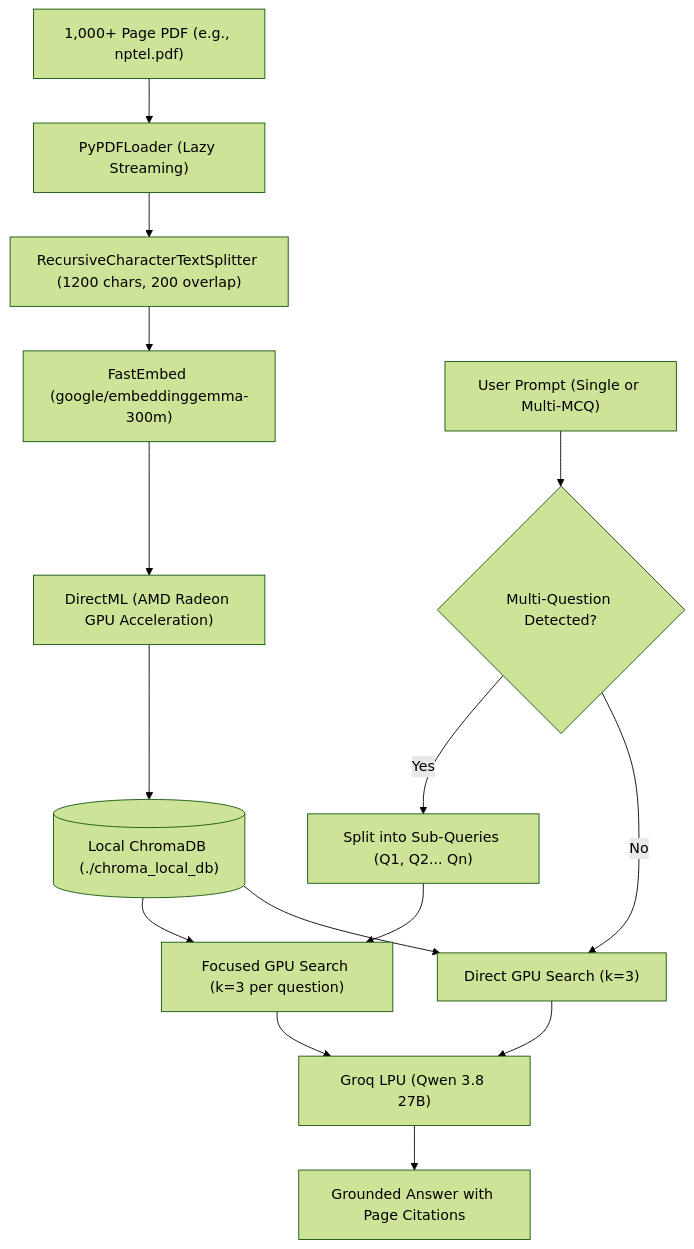
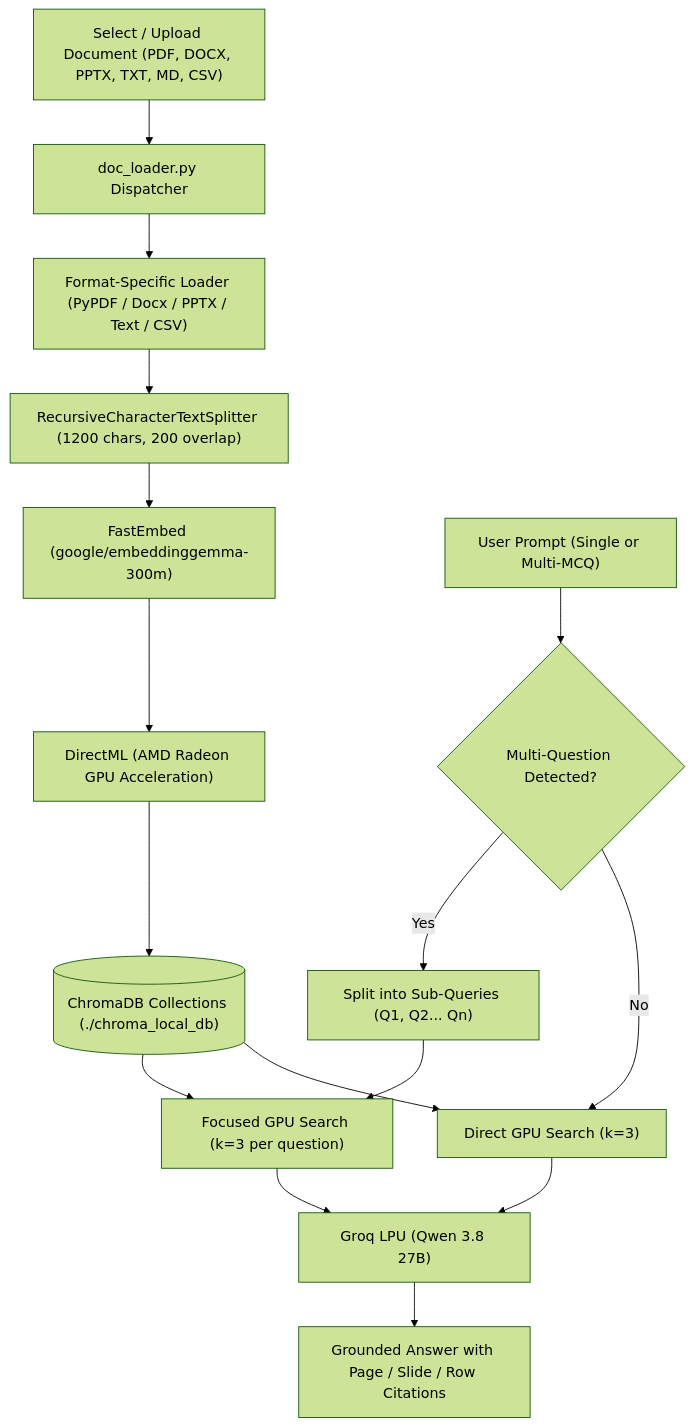
Before and after one commit to rishon-arch/RAG1: the diagram in README.md, drawn with Mermaid (forest theme). The commit also changed other lines of this file and 5 other files, not shown here.

````diff
--- a/README.md
+++ b/README.md
@@ -26,20 +44,21 @@
 ```mermaid
 flowchart TD
-    Doc["1,000+ Page PDF (e.g., nptel.pdf)"] --> Loader["PyPDFLoader (Lazy Streaming)"]
+    DocSelect["Select / Upload Document (PDF, DOCX, PPTX, TXT, MD, CSV)"] --> Dispatcher["doc_loader.py Dispatcher"]
+    Dispatcher --> Loader["Format-Specific Loader (PyPDF / Docx / PPTX / Text / CSV)"]
     Loader --> Splitter["RecursiveCharacterTextSplitter (1200 chars, 200 overlap)"]
     Splitter --> FastEmbed["FastEmbed (google/embeddinggemma-300m)"]
     FastEmbed --> DirectML["DirectML (AMD Radeon GPU Acceleration)"]
-    DirectML --> ChromaDB[("Local ChromaDB (./chroma_local_db)")]
+    DirectML --> ChromaDB[("ChromaDB Collections (./chroma_local_db)")]
     
     UserQuery["User Prompt (Single or Multi-MCQ)"] --> Decomposer{"Multi-Question Detected?"}
     Decomposer -- Yes --> Split["Split into Sub-Queries (Q1, Q2... Qn)"]
     Split --> RetMulti["Focused GPU Search (k=3 per question)"]
     Decomposer -- No --> RetSingle["Direct GPU Search (k=3)"]
     
     ChromaDB --> RetMulti
     ChromaDB --> RetSingle
     
     RetMulti --> LLM["Groq LPU (Qwen 3.8 27B)"]
     RetSingle --> LLM
-    LLM --> Answer["Grounded Answer with Page Citations"]
+    LLM --> Answer["Grounded Answer with Page / Slide / Row Citations"]
 ```
````
